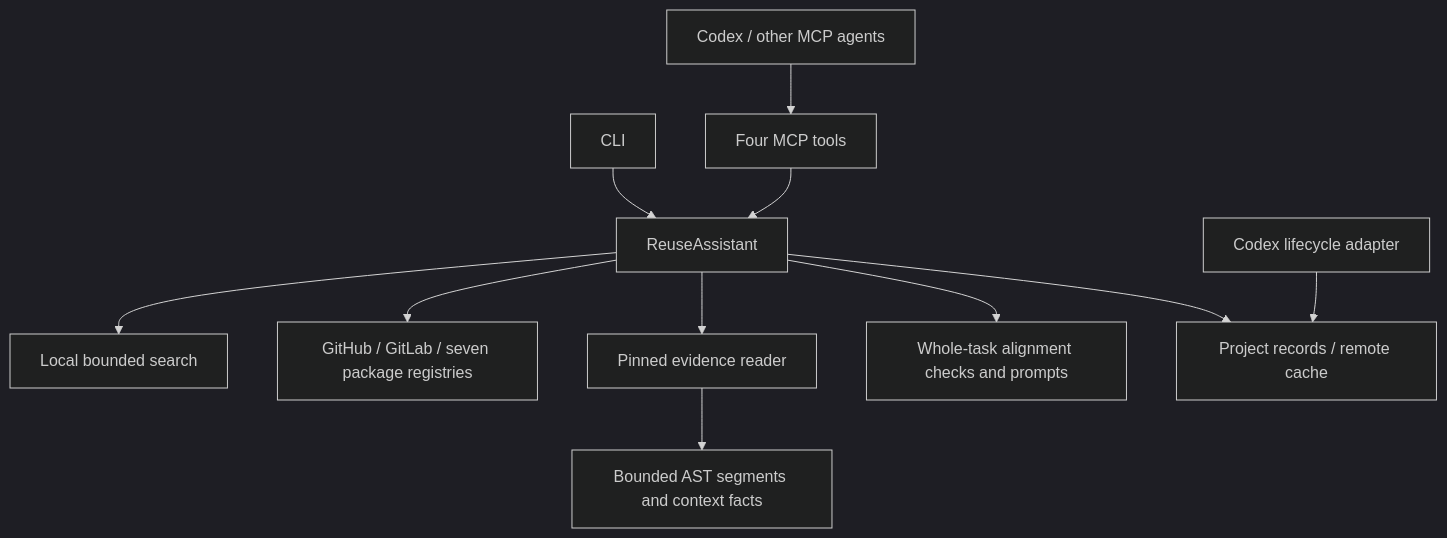
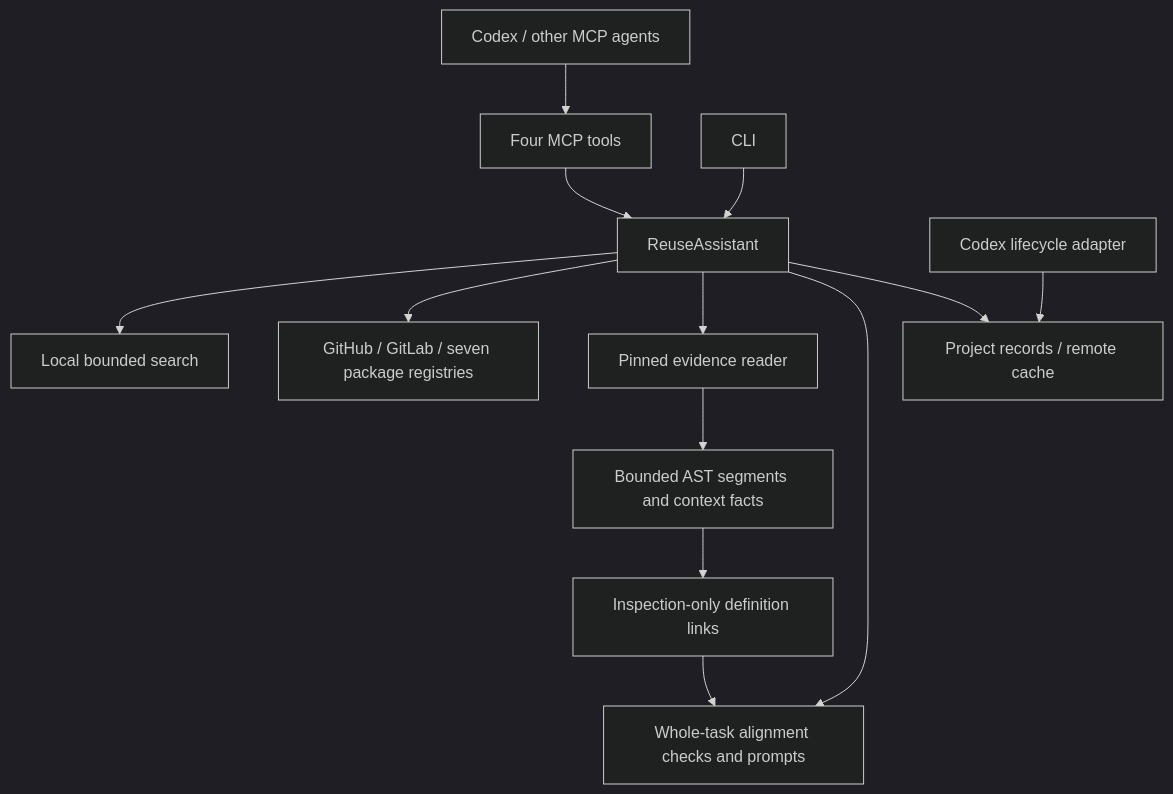
Before and after one commit to tianxiashan294-design/reuse-assistant: the diagram in docs/ARCHITECTURE.md, drawn with Mermaid (dark theme). The commit also changed other lines of this file and 16 other files, not shown here.

Commit message:
Release v0.5.0 with cross-file definition links and callee context

````diff
--- a/docs/ARCHITECTURE.md
+++ b/docs/ARCHITECTURE.md
@@ -5,13 +5,15 @@
 ```mermaid
 flowchart TD
   Agent[Codex / other MCP agents] --> MCP[Four MCP tools]
   CLI[CLI] --> Core[ReuseAssistant]
   MCP --> Core
   Core --> Local[Local bounded search]
   Core --> Sources[GitHub / GitLab / seven package registries]
   Core --> Evidence[Pinned evidence reader]
   Evidence --> Segments[Bounded AST segments and context facts]
+  Segments --> Links[Inspection-only definition links]
+  Links --> Alignment
   Core --> Alignment[Whole-task alignment checks and prompts]
   Core --> Store[Project records / remote cache]
   Hooks[Codex lifecycle adapter] --> Store
 ```
````
